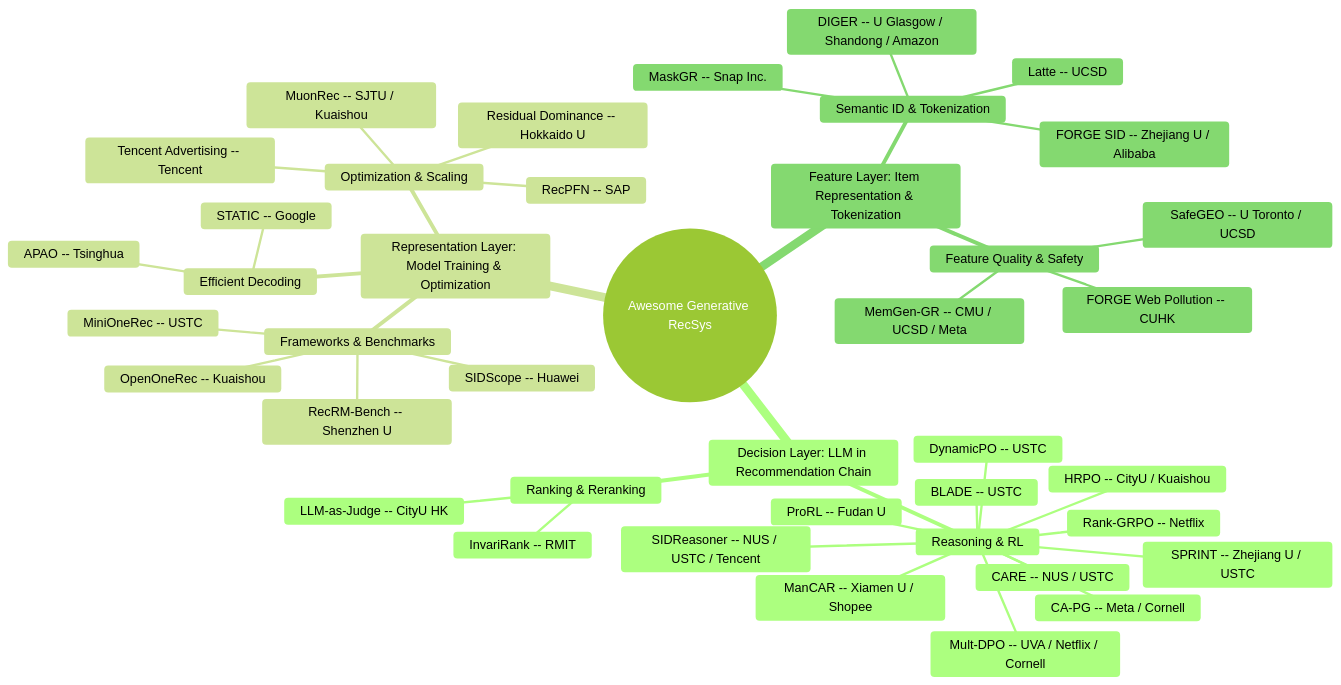
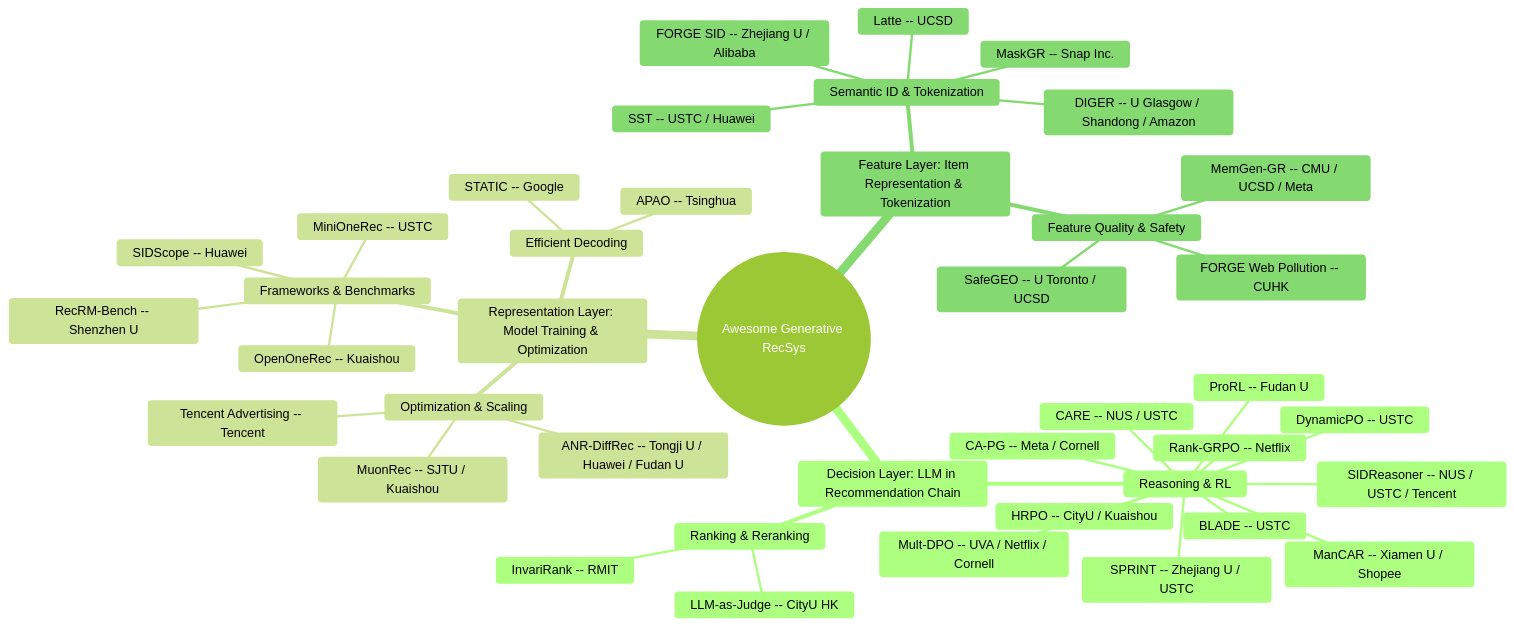
One commit to HaFred/awesome-generative-recsys changed the diagram in README.md. Above: the diagram before and after it, drawn with Mermaid (forest theme). The commit also changed other lines of this file and 3 other files, not shown here.

````diff
--- a/README.md
+++ b/README.md
@@ -28,44 +28,44 @@
 ```mermaid
 mindmap
   root((Awesome Generative RecSys))
     Decision Layer: LLM in Recommendation Chain
       Reasoning & RL
         Rank-GRPO -- Netflix
         DynamicPO -- USTC
         BLADE -- USTC
         SPRINT -- Zhejiang U / USTC
         CARE -- NUS / USTC
         HRPO -- CityU / Kuaishou
         Mult-DPO -- UVA / Netflix / Cornell
         CA-PG -- Meta / Cornell
         ProRL -- Fudan U
         ManCAR -- Xiamen U / Shopee
         SIDReasoner -- NUS / USTC / Tencent
       Ranking & Reranking
         InvariRank -- RMIT
         LLM-as-Judge -- CityU HK
     Representation Layer: Model Training & Optimization
       Frameworks & Benchmarks
         MiniOneRec -- USTC
         OpenOneRec -- Kuaishou
         RecRM-Bench -- Shenzhen U
         SIDScope -- Huawei
       Efficient Decoding
         STATIC -- Google
         APAO -- Tsinghua
       Optimization & Scaling
         MuonRec -- SJTU / Kuaishou
         Tencent Advertising -- Tencent
-        RecPFN -- SAP
-        Residual Dominance -- Hokkaido U
+        ANR-DiffRec -- Tongji U / Huawei / Fudan U
     Feature Layer: Item Representation & Tokenization
       Semantic ID & Tokenization
         Latte -- UCSD
         FORGE SID -- Zhejiang U / Alibaba
         DIGER -- U Glasgow / Shandong / Amazon
         MaskGR -- Snap Inc.
+        SST -- USTC / Huawei
       Feature Quality & Safety
         SafeGEO -- U Toronto / UCSD
         MemGen-GR -- CMU / UCSD / Meta
         FORGE Web Pollution -- CUHK
 ```
````
